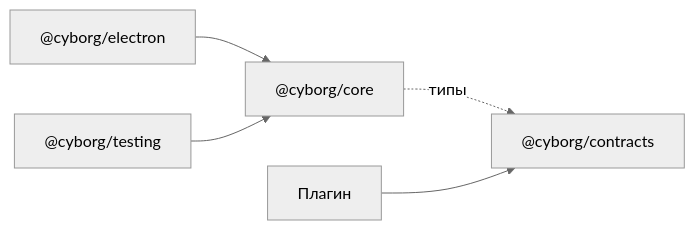
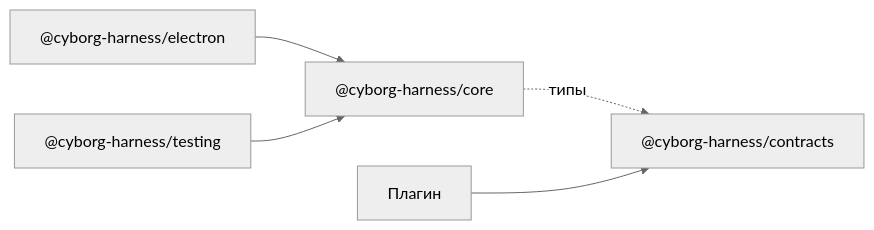
The diagram in docs/guide/reference/packages.md (dex-it/cyborg-harness), drawn with Mermaid (neutral theme) before and after one commit. The commit also changed other lines of this file and 128 other files, not shown here.

First line of the commit message:
npm-scope @cyborg-harness вместо занятого @cyborg; остатки ревью #67

````diff
--- a/docs/guide/reference/packages.md
+++ b/docs/guide/reference/packages.md
@@ -22,14 +22,14 @@
 ```mermaid
 flowchart LR
   accTitle: Зависимости пакетов
   accDescr: Адаптер и тест-кит строятся на ядре, ядро и адаптер ссылаются на типы контрактов, плагин зависит только от контрактов.
-  C["@cyborg/contracts"]
-  K["@cyborg/core"]
-  E["@cyborg/electron"]
-  T["@cyborg/testing"]
+  C["@cyborg-harness/contracts"]
+  K["@cyborg-harness/core"]
+  E["@cyborg-harness/electron"]
+  T["@cyborg-harness/testing"]
   P["Плагин"]
   K -. типы .-> C
   E --> K
   T --> K
   P --> C
 ```
````
